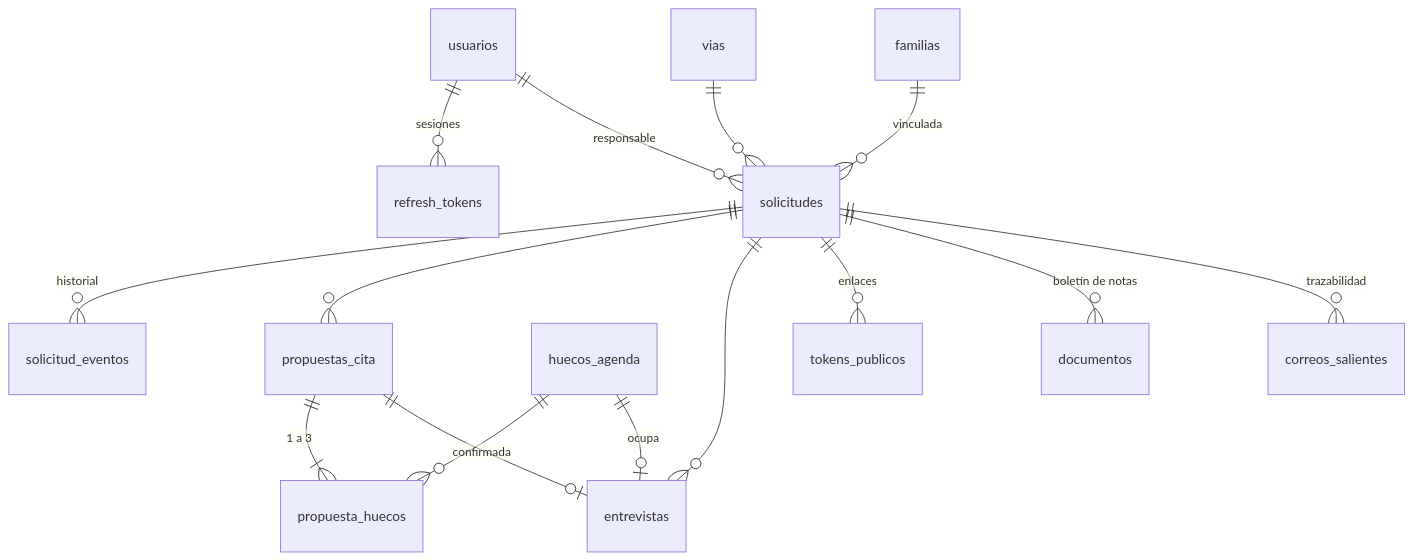
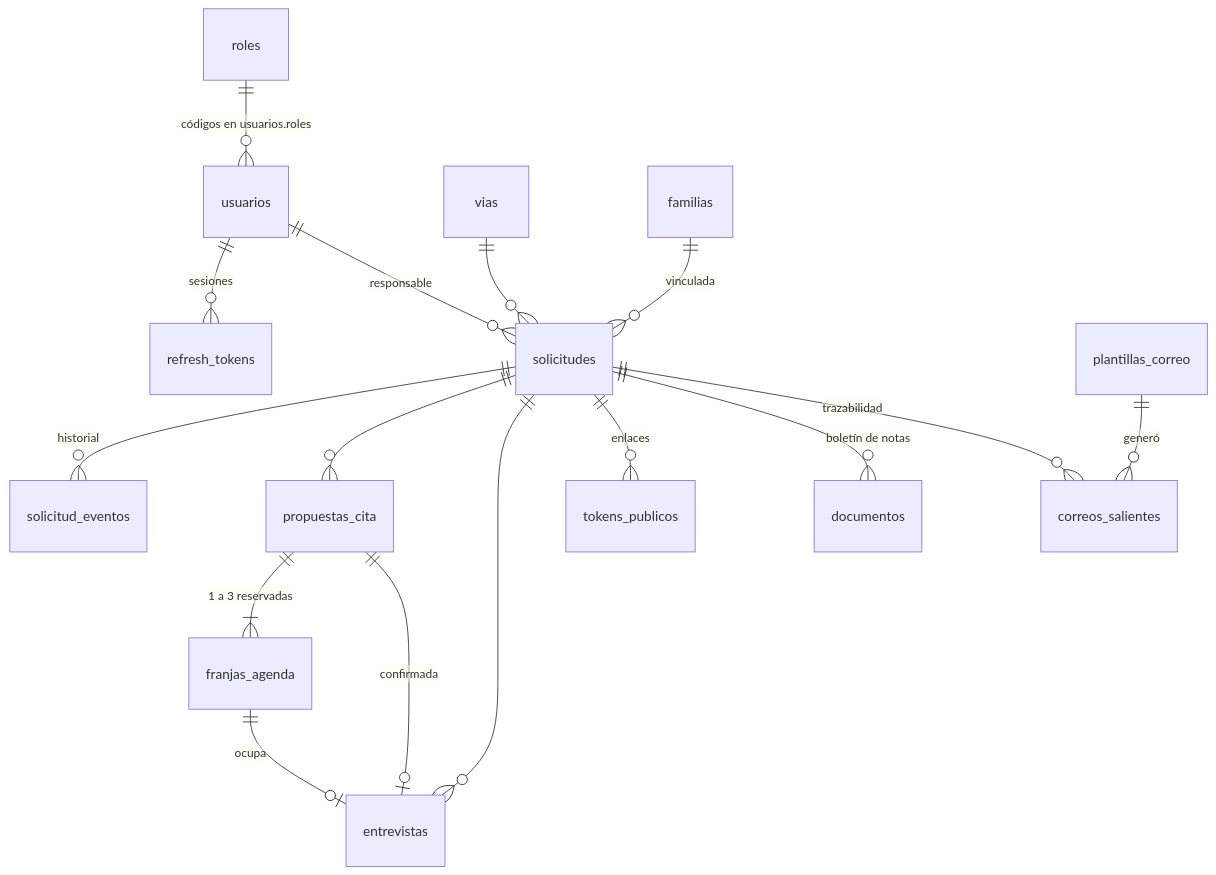
The third of 3 diagrams in docs/flujo-y-datos.md (Ceroone-Technology/albaydar-api), drawn with Mermaid before and after one commit. The commit also changed other lines of this file and 54 other files, not shown here.

First line of the commit message:
Roles y permisos, agenda por jornada, plantillas de correo editables

````diff
--- a/docs/flujo-y-datos.md
+++ b/docs/flujo-y-datos.md
@@ -99,17 +113,18 @@
 ```mermaid
 erDiagram
+  roles ||--o{ usuarios : "códigos en usuarios.roles"
   usuarios ||--o{ refresh_tokens : "sesiones"
   usuarios ||--o{ solicitudes : "responsable"
   vias ||--o{ solicitudes : ""
   familias ||--o{ solicitudes : "vinculada"
   solicitudes ||--o{ solicitud_eventos : "historial"
   solicitudes ||--o{ propuestas_cita : ""
-  propuestas_cita ||--|{ propuesta_huecos : "1 a 3"
-  huecos_agenda ||--o{ propuesta_huecos : ""
+  propuestas_cita ||--|{ franjas_agenda : "1 a 3 reservadas"
   solicitudes ||--o{ entrevistas : ""
   propuestas_cita ||--o| entrevistas : "confirmada"
-  huecos_agenda ||--o| entrevistas : "ocupa"
+  franjas_agenda ||--o| entrevistas : "ocupa"
   solicitudes ||--o{ tokens_publicos : "enlaces"
   solicitudes ||--o{ documentos : "boletín de notas"
+  plantillas_correo ||--o{ correos_salientes : "generó"
   solicitudes ||--o{ correos_salientes : "trazabilidad"
 ```
````
